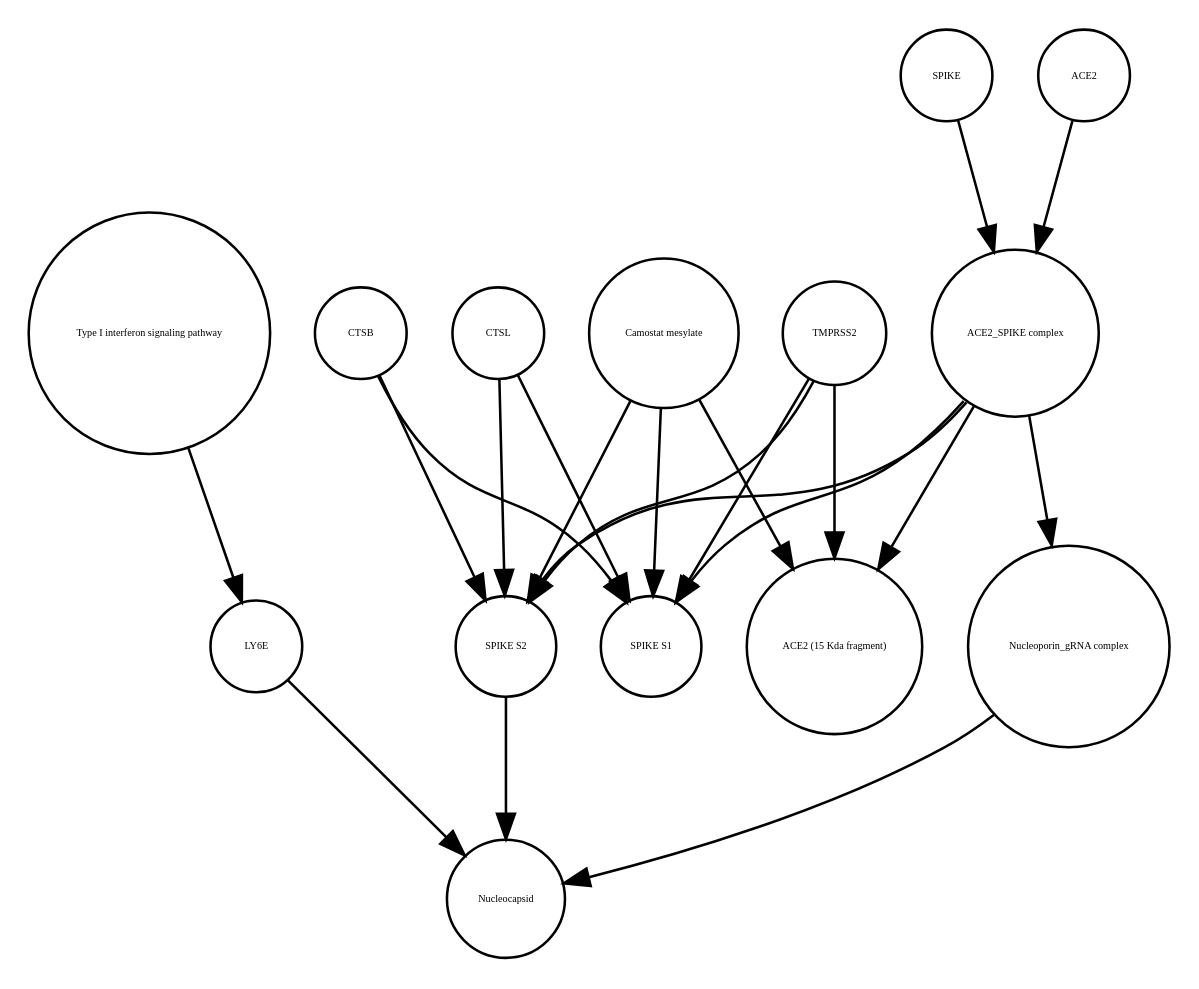
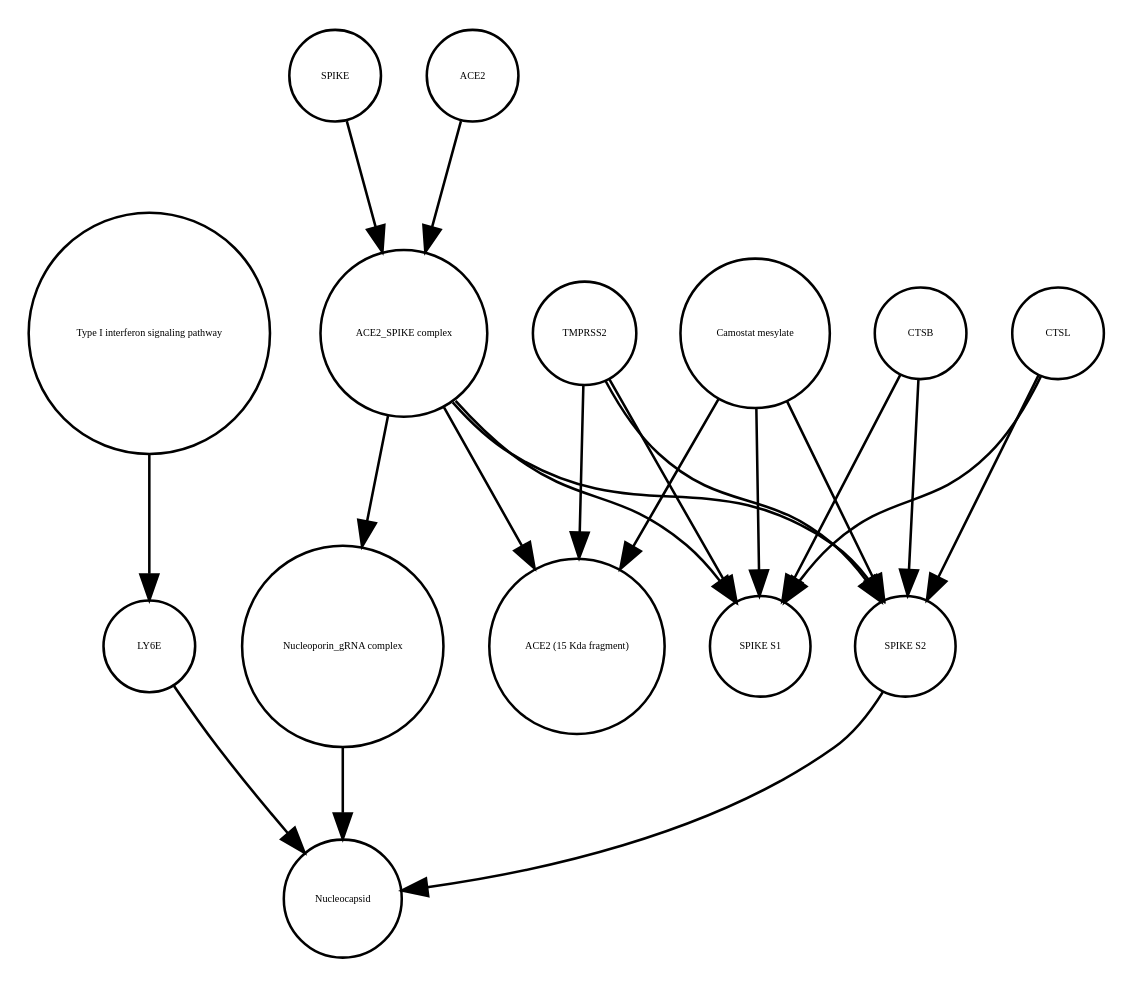
The diagram in Virus_replication_cycle_V01.xml_projected.dot (cannin/covid19-sbgn), drawn with Graphviz before and after one commit. The commit also changed 613 other files, not shown here.

```diff
--- a/Virus_replication_cycle_V01.xml_projected.dot
+++ b/Virus_replication_cycle_V01.xml_projected.dot
@@ -1,36 +1,36 @@
 strict digraph  {
 "Type I interferon signaling pathway" [annotation="", bipartite=0, cls=phenotype, fontsize=4, label="Type I interferon signaling pathway", shape=circle];
 LY6E [annotation="", bipartite=0, cls=macromolecule, fontsize=4, label=LY6E, shape=circle];
+TMPRSS2 [annotation="", bipartite=0, cls=macromolecule, fontsize=4, label=TMPRSS2, shape=circle];
+SPIKE [annotation="", bipartite=0, cls="macromolecule multimer", fontsize=4, label=SPIKE, shape=circle];
+CTSL [annotation="", bipartite=0, cls=macromolecule, fontsize=4, label=CTSL, shape=circle];
+"ACE2 (15 Kda fragment)" [annotation="", bipartite=0, cls=macromolecule, fontsize=4, label="ACE2 (15 Kda fragment)", shape=circle];
 "Camostat mesylate" [annotation="urn_miriam_pubchem.compound_2536", bipartite=0, cls="simple chemical", fontsize=4, label="Camostat mesylate", shape=circle];
-"ACE2 (15 Kda fragment)" [annotation="", bipartite=0, cls=macromolecule, fontsize=4, label="ACE2 (15 Kda fragment)", shape=circle];
+ACE2 [annotation="", bipartite=0, cls=macromolecule, fontsize=4, label=ACE2, shape=circle];
 "SPIKE S2" [annotation="", bipartite=0, cls=macromolecule, fontsize=4, label="SPIKE S2", shape=circle];
+"ACE2_SPIKE complex" [annotation="", bipartite=0, cls=complex, fontsize=4, label="ACE2_SPIKE complex", shape=circle];
 "SPIKE S1" [annotation="", bipartite=0, cls=macromolecule, fontsize=4, label="SPIKE S1", shape=circle];
-SPIKE [annotation="", bipartite=0, cls="macromolecule multimer", fontsize=4, label=SPIKE, shape=circle];
-TMPRSS2 [annotation="", bipartite=0, cls=macromolecule, fontsize=4, label=TMPRSS2, shape=circle];
+Nucleocapsid [annotation="", bipartite=0, cls=complex, fontsize=4, label=Nucleocapsid, shape=circle];
 CTSB [annotation="", bipartite=0, cls=macromolecule, fontsize=4, label=CTSB, shape=circle];
-"ACE2_SPIKE complex" [annotation="", bipartite=0, cls=complex, fontsize=4, label="ACE2_SPIKE complex", shape=circle];
-Nucleocapsid [annotation="", bipartite=0, cls=complex, fontsize=4, label=Nucleocapsid, shape=circle];
 "Nucleoporin_gRNA complex " [annotation="", bipartite=0, cls=complex, fontsize=4, label="Nucleoporin_gRNA complex ", shape=circle];
-CTSL [annotation="", bipartite=0, cls=macromolecule, fontsize=4, label=CTSL, shape=circle];
-ACE2 [annotation="", bipartite=0, cls=macromolecule, fontsize=4, label=ACE2, shape=circle];
 "Type I interferon signaling pathway" -> LY6E  [annotation="", interaction_type=stimulation];
-LY6E -> Nucleocapsid  [annotation="urn_miriam_doi_10.1101%2F2020.03.05.979260", interaction_type=inhibition];
-"Camostat mesylate" -> "SPIKE S1"  [annotation="urn_miriam_pubmed_32142651|urn_miriam_pubmed_32094589|urn_miriam_pubmed_24227843", interaction_type=inhibition];
+LY6E -> Nucleocapsid  [annotation="urn_miriam_doi_10.1101%2F2020.03.05.979260|urn_miriam_pubmed_32142651|urn_miriam_pubmed_32094589", interaction_type=inhibition];
+TMPRSS2 -> "ACE2 (15 Kda fragment)"  [annotation="urn_miriam_pubmed_32142651|urn_miriam_pubmed_32094589|urn_miriam_pubmed_24227843", interaction_type=catalysis];
+TMPRSS2 -> "SPIKE S2"  [annotation="urn_miriam_pubmed_32142651|urn_miriam_pubmed_32094589|urn_miriam_pubmed_24227843", interaction_type=catalysis];
+TMPRSS2 -> "SPIKE S1"  [annotation="urn_miriam_pubmed_32142651|urn_miriam_pubmed_32094589|urn_miriam_pubmed_24227843", interaction_type=catalysis];
+SPIKE -> "ACE2_SPIKE complex"  [annotation="", interaction_type=production];
+CTSL -> "SPIKE S2"  [annotation=urn_miriam_pubmed_32142651, interaction_type=catalysis];
+CTSL -> "SPIKE S1"  [annotation=urn_miriam_pubmed_32142651, interaction_type=catalysis];
 "Camostat mesylate" -> "ACE2 (15 Kda fragment)"  [annotation="urn_miriam_pubmed_32142651|urn_miriam_pubmed_32094589|urn_miriam_pubmed_24227843", interaction_type=inhibition];
 "Camostat mesylate" -> "SPIKE S2"  [annotation="urn_miriam_pubmed_32142651|urn_miriam_pubmed_32094589|urn_miriam_pubmed_24227843", interaction_type=inhibition];
-"SPIKE S2" -> Nucleocapsid  [annotation="urn_miriam_doi_10.1101%2F2020.03.05.979260", interaction_type=stimulation];
-SPIKE -> "ACE2_SPIKE complex"  [annotation="", interaction_type=production];
-TMPRSS2 -> "SPIKE S1"  [annotation="urn_miriam_pubmed_32142651|urn_miriam_pubmed_32094589|urn_miriam_pubmed_24227843", interaction_type=catalysis];
-TMPRSS2 -> "ACE2 (15 Kda fragment)"  [annotation="urn_miriam_pubmed_32142651|urn_miriam_pubmed_32094589|urn_miriam_pubmed_24227843", interaction_type=catalysis];
-TMPRSS2 -> "SPIKE S2"  [annotation="urn_miriam_pubmed_32142651|urn_miriam_pubmed_32094589|urn_miriam_pubmed_24227843", interaction_type=catalysis];
-CTSB -> "SPIKE S1"  [annotation=urn_miriam_pubmed_32142651, interaction_type=catalysis];
-CTSB -> "SPIKE S2"  [annotation=urn_miriam_pubmed_32142651, interaction_type=catalysis];
-"ACE2_SPIKE complex" -> "SPIKE S1"  [annotation="", interaction_type=production];
+"Camostat mesylate" -> "SPIKE S1"  [annotation="urn_miriam_pubmed_32142651|urn_miriam_pubmed_32094589|urn_miriam_pubmed_24227843", interaction_type=inhibition];
+ACE2 -> "ACE2_SPIKE complex"  [annotation="", interaction_type=production];
+"SPIKE S2" -> Nucleocapsid  [annotation="urn_miriam_doi_10.1101%2F2020.03.05.979260|urn_miriam_pubmed_32142651|urn_miriam_pubmed_32094589", interaction_type=stimulation];
 "ACE2_SPIKE complex" -> "ACE2 (15 Kda fragment)"  [annotation="", interaction_type=production];
 "ACE2_SPIKE complex" -> "SPIKE S2"  [annotation="", interaction_type=production];
+"ACE2_SPIKE complex" -> "SPIKE S1"  [annotation="", interaction_type=production];
 "ACE2_SPIKE complex" -> "Nucleoporin_gRNA complex "  [annotation="urn_miriam_pubmed_32142651|urn_miriam_pubmed_32094589", interaction_type=stimulation];
+CTSB -> "SPIKE S2"  [annotation=urn_miriam_pubmed_32142651, interaction_type=catalysis];
+CTSB -> "SPIKE S1"  [annotation=urn_miriam_pubmed_32142651, interaction_type=catalysis];
 "Nucleoporin_gRNA complex " -> Nucleocapsid  [annotation="", interaction_type=production];
-CTSL -> "SPIKE S1"  [annotation=urn_miriam_pubmed_32142651, interaction_type=catalysis];
-CTSL -> "SPIKE S2"  [annotation=urn_miriam_pubmed_32142651, interaction_type=catalysis];
-ACE2 -> "ACE2_SPIKE complex"  [annotation="", interaction_type=production];
 }
```
